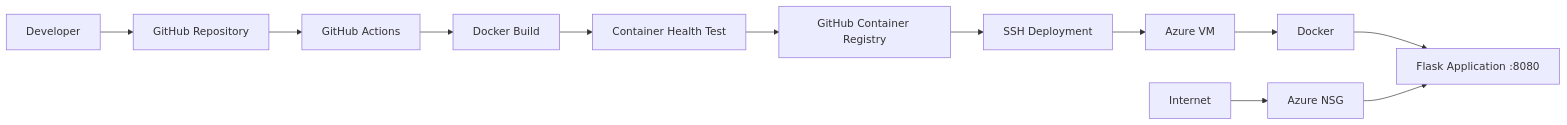
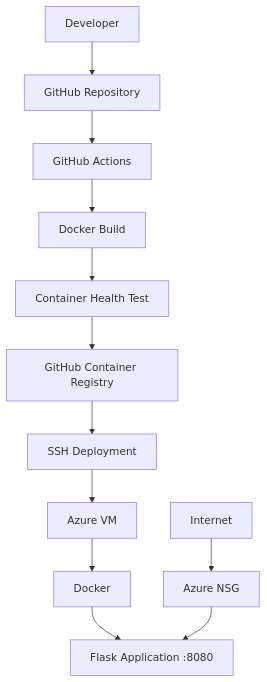
The second of 3 diagrams in README.md (happla/azure-cloud-lab), drawn with Mermaid before and after one commit. The commit also changed other lines of this file, not shown here.

````diff
--- a/README.md
+++ b/README.md
@@ -74,15 +73,15 @@
 ```mermaid
-flowchart LR
+flowchart TB
     Developer["Developer"] --> Git["GitHub Repository"]
     Git --> Actions["GitHub Actions"]
     Actions --> Build["Docker Build"]
     Build --> Test["Container Health Test"]
     Test --> GHCR["GitHub Container Registry"]
     GHCR --> SSH["SSH Deployment"]
     SSH --> VM["Azure VM"]
     VM --> Docker["Docker"]
     Docker --> App["Flask Application :8080"]
 
     Internet["Internet"] --> NSG["Azure NSG"]
     NSG --> App
 ```
````
